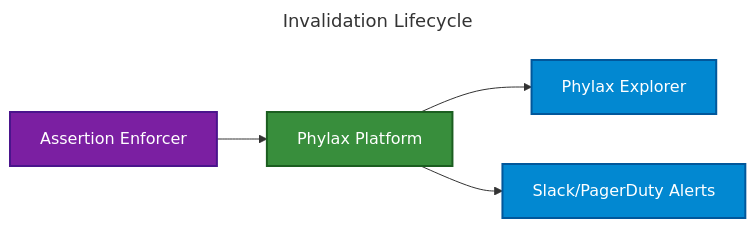
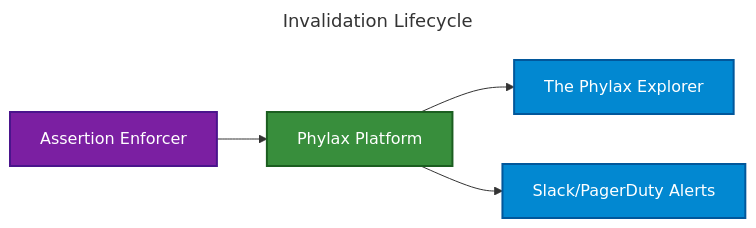
Before and after one commit to phylaxsystems/phylax-docs: the third of 3 diagrams in credible/architecture-overview.mdx, drawn with Mermaid. The commit also changed 13 other files, not shown here.

Commit message:
Standardize Phylax Explorer naming

````diff
--- a/credible/architecture-overview.mdx
+++ b/credible/architecture-overview.mdx
@@ -135,17 +135,17 @@
 ```mermaid
 ---
 title: Invalidation Lifecycle
 ---
 flowchart LR
     ENFORCER["Assertion Enforcer"] --> PLATFORM["Phylax Platform"]
-    PLATFORM --> DASH["Phylax Explorer"]
+    PLATFORM --> DASH["The Phylax Explorer"]
     PLATFORM --> ALERTS["Slack/PagerDuty Alerts"]
 
     classDef enforcer fill:#7b1fa2,stroke:#4a148c,stroke-width:2px,color:#fff
     classDef platform fill:#388e3c,stroke:#1b5e20,stroke-width:2px,color:#fff
     classDef output fill:#0288d1,stroke:#01579b,stroke-width:2px,color:#fff
 
     class ENFORCER enforcer
     class PLATFORM platform
     class DASH,ALERTS output
 ```
````
